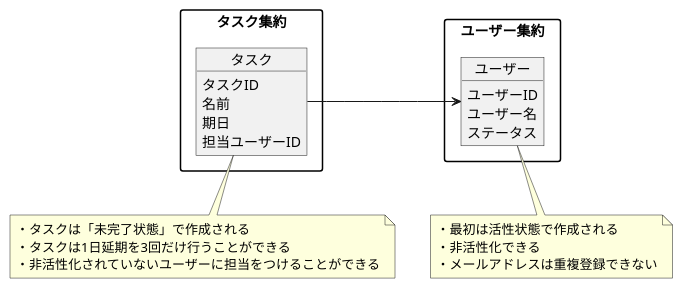
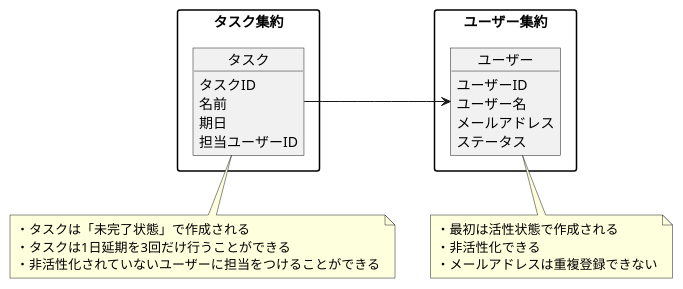
The diagram in task_management/doc/ドメインモデル図.puml (mohira/ddd-examples-python), drawn with PlantUML before and after one commit. The commit also changed 9 other files, not shown here.

```diff
--- a/task_management/doc/ドメインモデル図.puml
+++ b/task_management/doc/ドメインモデル図.puml
@@ -1,34 +1,35 @@
 @startuml
 skinparam packageStyle rectangle
 
 
 package タスク集約 {
     object タスク {
         タスクID
         名前
         期日
         担当ユーザーID
     }
 }
 note bottom : \
     ・タスクは「未完了状態」で作成される \
     \n・タスクは1日延期を3回だけ行うことができる \
     \n・非活性化されていないユーザーに担当をつけることができる
 
 
 
 package ユーザー集約 {
     object ユーザー {
         ユーザーID
         ユーザー名
+        メールアドレス
         ステータス
     }
 }
 note bottom : \
     ・最初は活性状態で作成される \
     \n・非活性化できる \
-    \n・メールアドレスは重複登録できない
+    \n・メールアドレスは重複登録できない \
 
 タスク -r-> ユーザー
 
 @enduml
```
